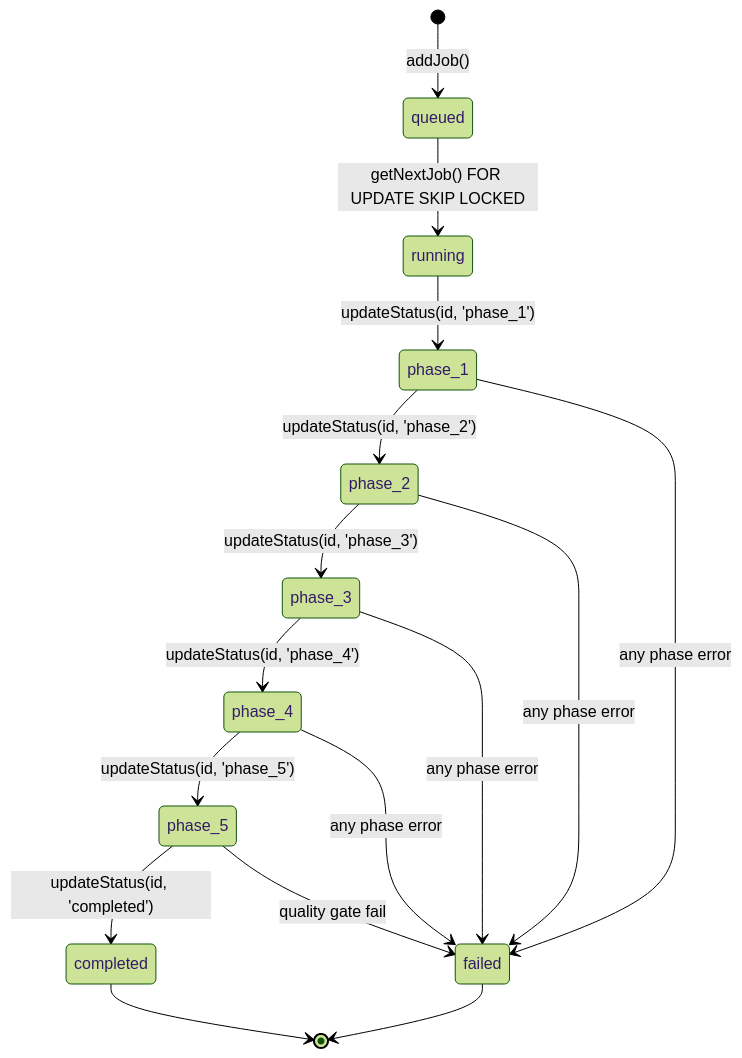
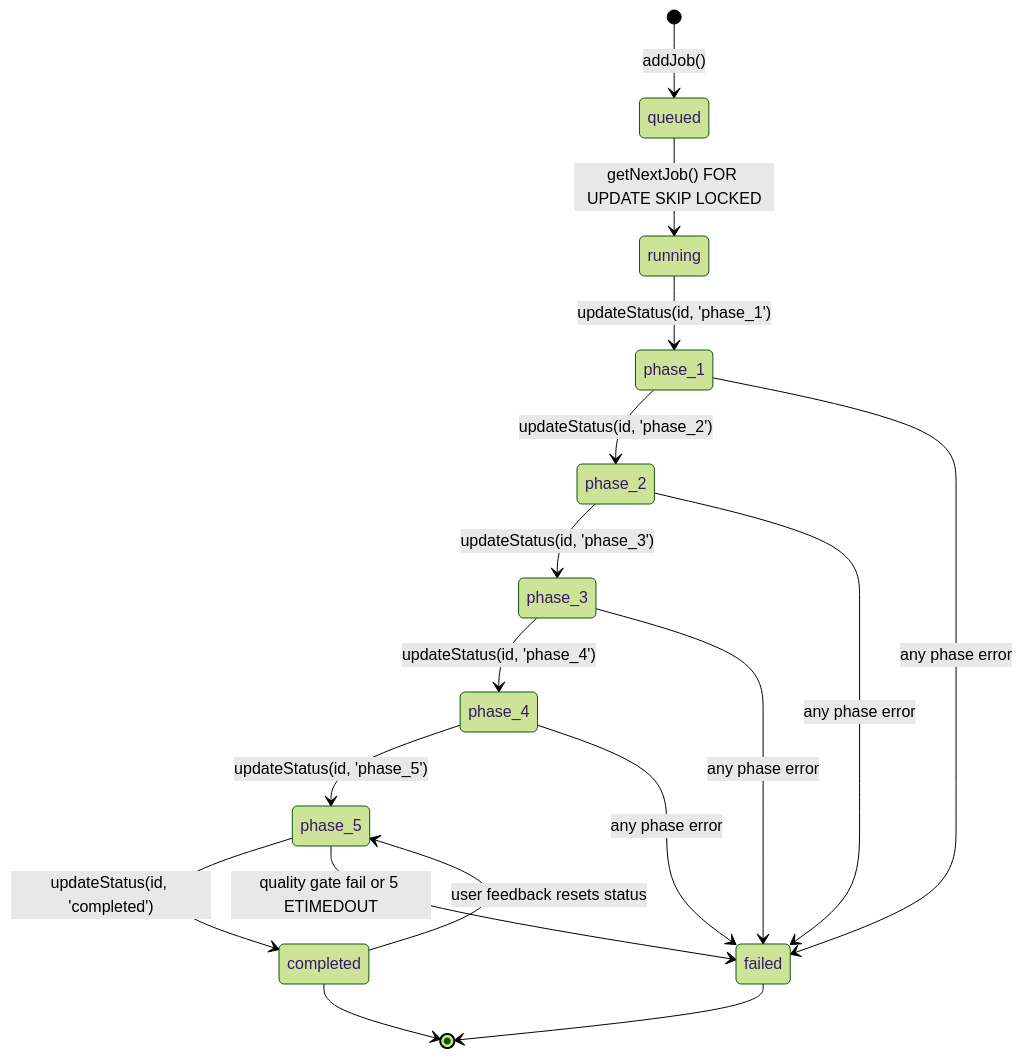
One commit to J-Gierend/gamePocGen changed the second of 4 diagrams in AI/document/04-data-models.md. Above: the diagram before and after it, drawn with Mermaid (forest theme). The commit also changed other lines of this file and 5 other files, not shown here.

````diff
--- a/AI/document/04-data-models.md
+++ b/AI/document/04-data-models.md
@@ -31,18 +32,19 @@
 ```mermaid
 stateDiagram-v2
     [*] --> queued: addJob()
     queued --> running: getNextJob() FOR UPDATE SKIP LOCKED
     running --> phase_1: updateStatus(id, 'phase_1')
     phase_1 --> phase_2: updateStatus(id, 'phase_2')
     phase_2 --> phase_3: updateStatus(id, 'phase_3')
     phase_3 --> phase_4: updateStatus(id, 'phase_4')
     phase_4 --> phase_5: updateStatus(id, 'phase_5')
     phase_5 --> completed: updateStatus(id, 'completed')
     phase_1 --> failed: any phase error
     phase_2 --> failed: any phase error
     phase_3 --> failed: any phase error
     phase_4 --> failed: any phase error
-    phase_5 --> failed: quality gate fail
+    phase_5 --> failed: quality gate fail or 5 ETIMEDOUT
+    completed --> phase_5: user feedback resets status
     completed --> [*]
     failed --> [*]
 ```
````
